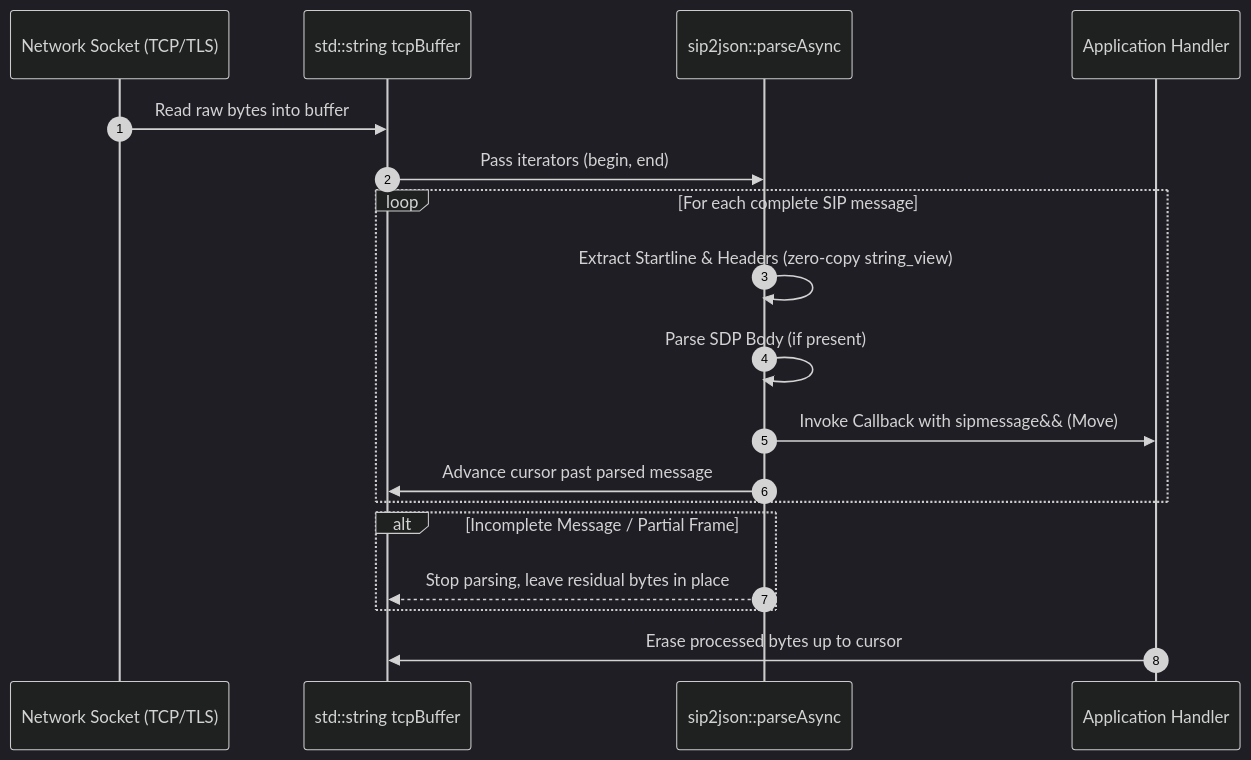
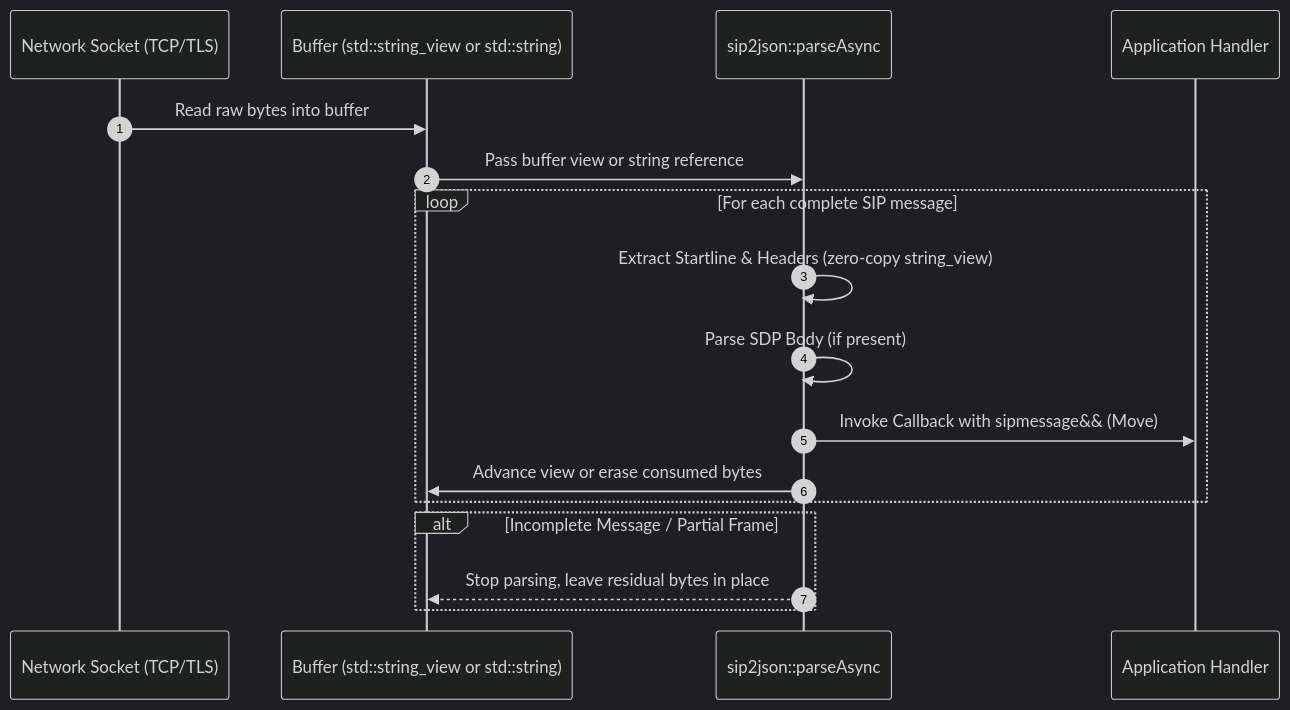
The diagram in docs/architecture/async.md (SiddiqSoft/sip2json), drawn with Mermaid (dark theme) before and after one commit. The commit also changed other lines of this file and 14 other files, not shown here.

````diff
--- a/docs/architecture/async.md
+++ b/docs/architecture/async.md
@@ -7,21 +7,20 @@
 ```mermaid
 sequenceDiagram
     autonumber
     participant Net as Network Socket (TCP/TLS)
-    participant Buf as std::string tcpBuffer
+    participant Buf as Buffer (std::string_view or std::string)
     participant Parser as sip2json::parseAsync
     participant App as Application Handler
 
     Net->>Buf: Read raw bytes into buffer
-    Buf->>Parser: Pass iterators (begin, end)
+    Buf->>Parser: Pass buffer view or string reference
     loop For each complete SIP message
         Parser->>Parser: Extract Startline & Headers (zero-copy string_view)
         Parser->>Parser: Parse SDP Body (if present)
         Parser->>App: Invoke Callback with sipmessage&& (Move)
-        Parser->>Buf: Advance cursor past parsed message
+        Parser->>Buf: Advance view or erase consumed bytes
     end
     alt Incomplete Message / Partial Frame
         Parser-->>Buf: Stop parsing, leave residual bytes in place
     end
-    App->>Buf: Erase processed bytes up to cursor
 ```
````
